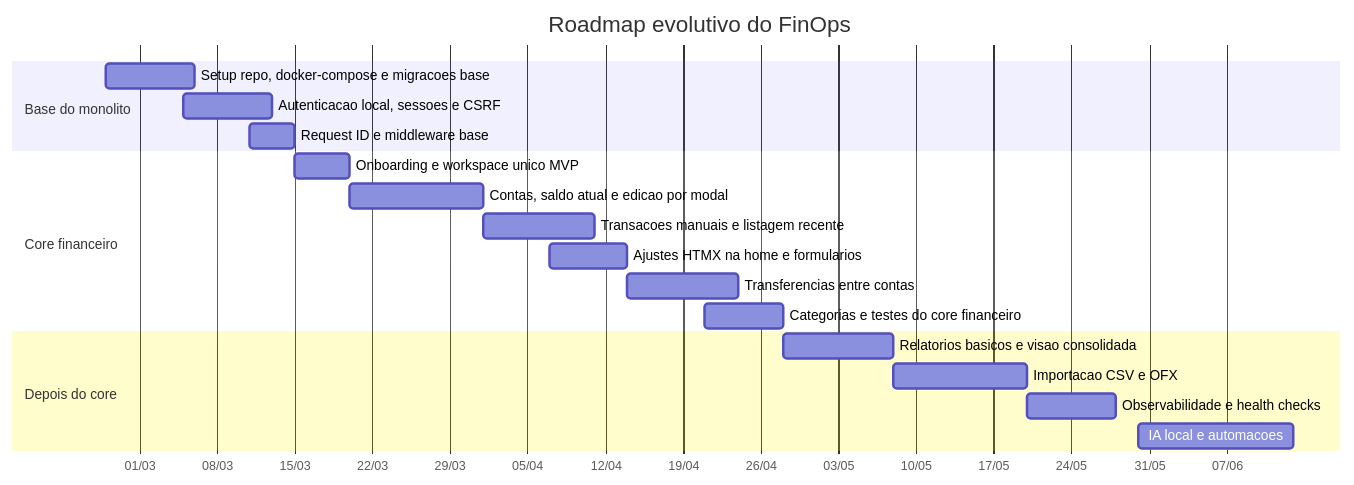
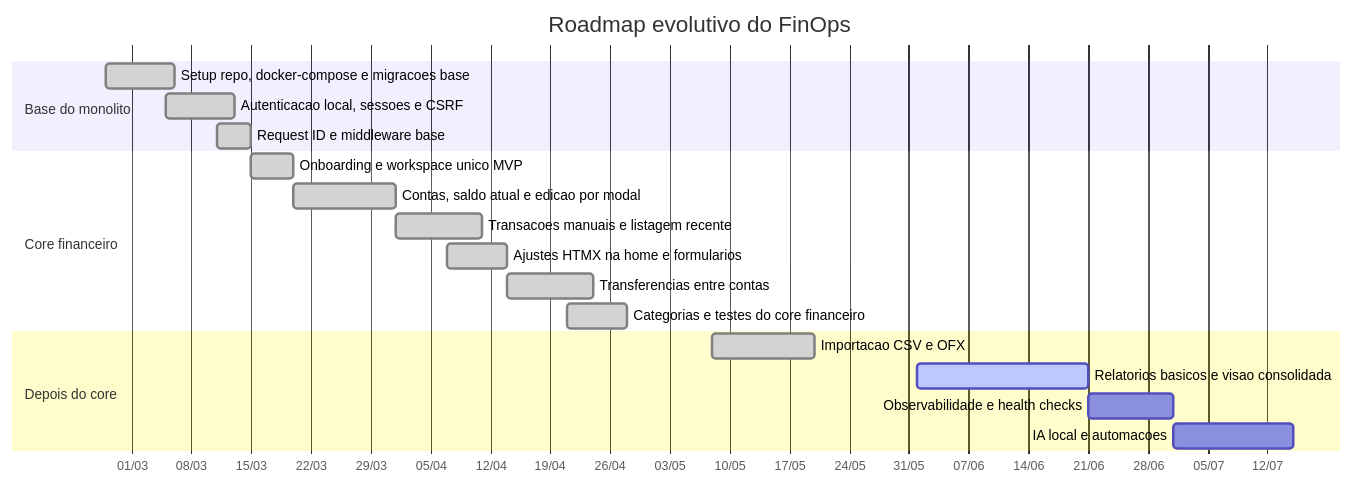
The diagram in README.md (JoaoRafa19/finops), drawn with Mermaid before and after one commit. The commit also changed other lines of this file, not shown here.

````diff
--- a/README.md
+++ b/README.md
@@ -6,25 +6,25 @@
 ```mermaid
 gantt
   title Roadmap evolutivo do FinOps
   dateFormat  YYYY-MM-DD
   axisFormat  %d/%m
 
   section Base do monolito
-  Setup repo, docker-compose e migracoes base      :a1, 2026-02-26, 8d
-  Autenticacao local, sessoes e CSRF               :a2, 2026-03-05, 8d
-  Request ID e middleware base                     :a3, 2026-03-11, 4d
+  Setup repo, docker-compose e migracoes base      :done, a1, 2026-02-26, 8d
+  Autenticacao local, sessoes e CSRF               :done, a2, 2026-03-05, 8d
+  Request ID e middleware base                     :done, a3, 2026-03-11, 4d
 
   section Core financeiro
-  Onboarding e workspace unico MVP                 :b1, 2026-03-15, 5d
-  Contas, saldo atual e edicao por modal           :b2, 2026-03-20, 12d
-  Transacoes manuais e listagem recente            :b3, 2026-04-01, 10d
-  Ajustes HTMX na home e formularios               :b4, 2026-04-07, 7d
-  Transferencias entre contas                      :b5, 2026-04-14, 10d
-  Categorias e testes do core financeiro           :b6, 2026-04-21, 7d
+  Onboarding e workspace unico MVP                 :done, b1, 2026-03-15, 5d
+  Contas, saldo atual e edicao por modal           :done, b2, 2026-03-20, 12d
+  Transacoes manuais e listagem recente            :done, b3, 2026-04-01, 10d
+  Ajustes HTMX na home e formularios               :done, b4, 2026-04-07, 7d
+  Transferencias entre contas                      :done, b5, 2026-04-14, 10d
+  Categorias e testes do core financeiro           :done, b6, 2026-04-21, 7d
 
   section Depois do core
-  Relatorios basicos e visao consolidada           :c1, 2026-04-28, 10d
-  Importacao CSV e OFX                             :c2, 2026-05-08, 12d
-  Observabilidade e health checks                  :c3, 2026-05-20, 8d
-  IA local e automacoes                            :c4, 2026-05-30, 14d
+  Importacao CSV e OFX                             :done, c2, 2026-05-08, 12d
+  Relatorios basicos e visao consolidada           :active, c1, 2026-06-01, 20d
+  Observabilidade e health checks                  :c3, 2026-06-21, 10d
+  IA local e automacoes                            :c4, 2026-07-01, 14d
 ```
````
